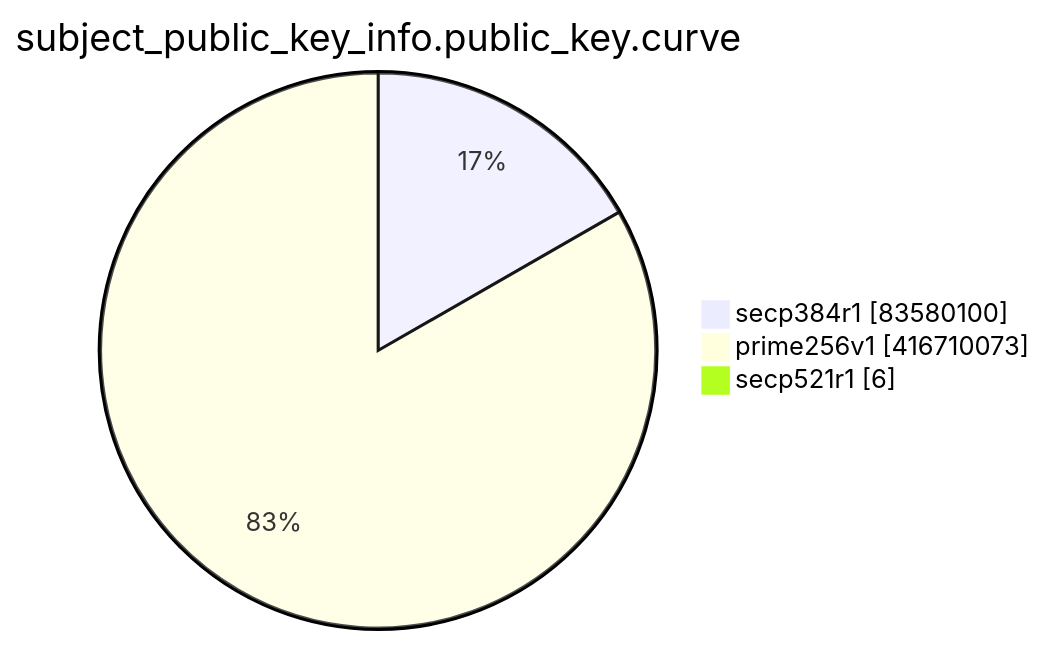
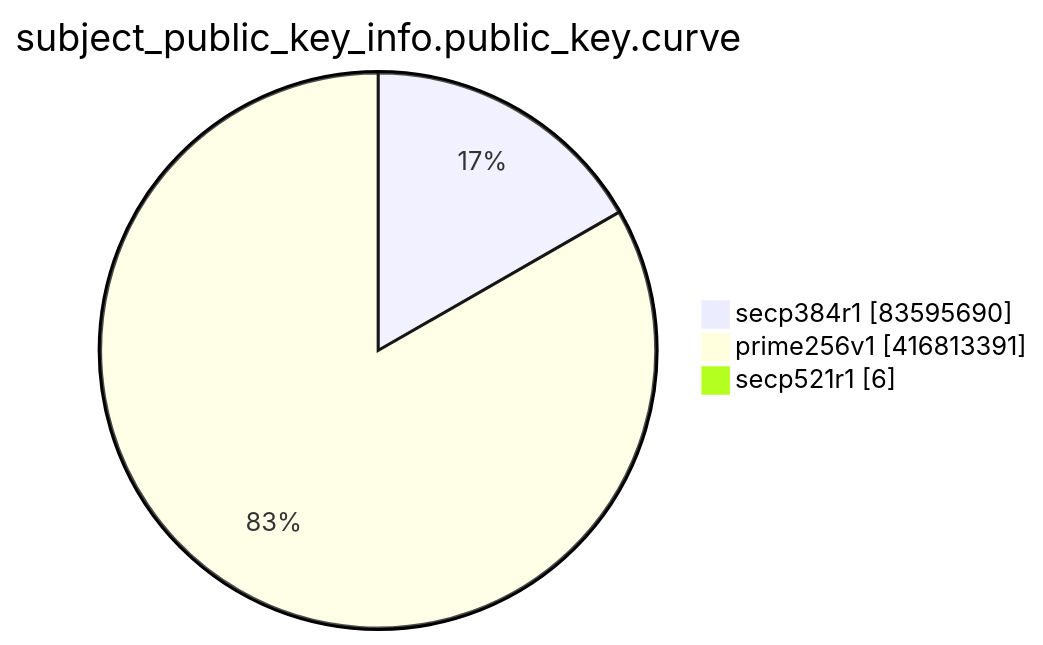
The eighth of 15 diagrams in TOTAL/README.md (christiankrug/ctmonitor_visualization), drawn with Mermaid before and after one commit. The commit also changed other lines of this file, not shown here.

````diff
--- a/TOTAL/README.md
+++ b/TOTAL/README.md
@@ -3098,7 +3098,7 @@
 ```mermaid
 pie showData
 title subject_public_key_info.public_key.curve
-"secp384r1" :83580100
-"prime256v1" :416710073
+"secp384r1" :83595690
+"prime256v1" :416813391
 "secp521r1" :6
 ```
````
